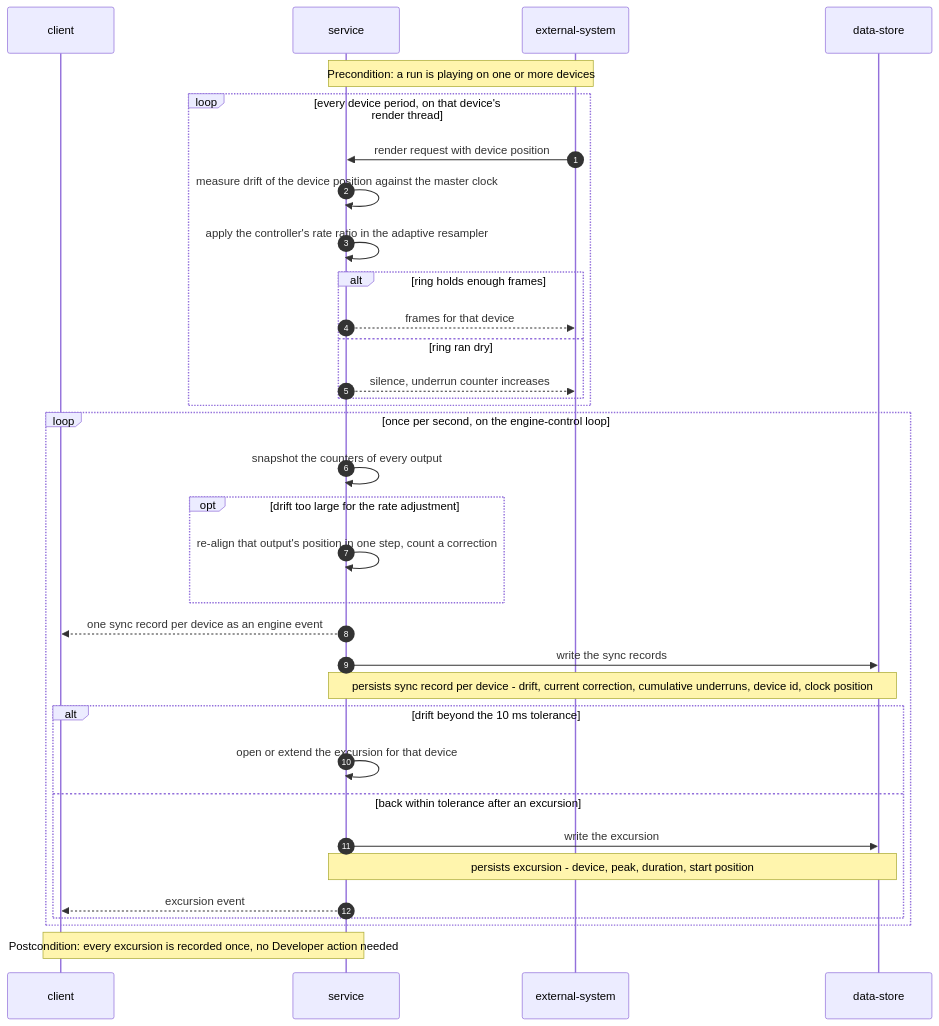
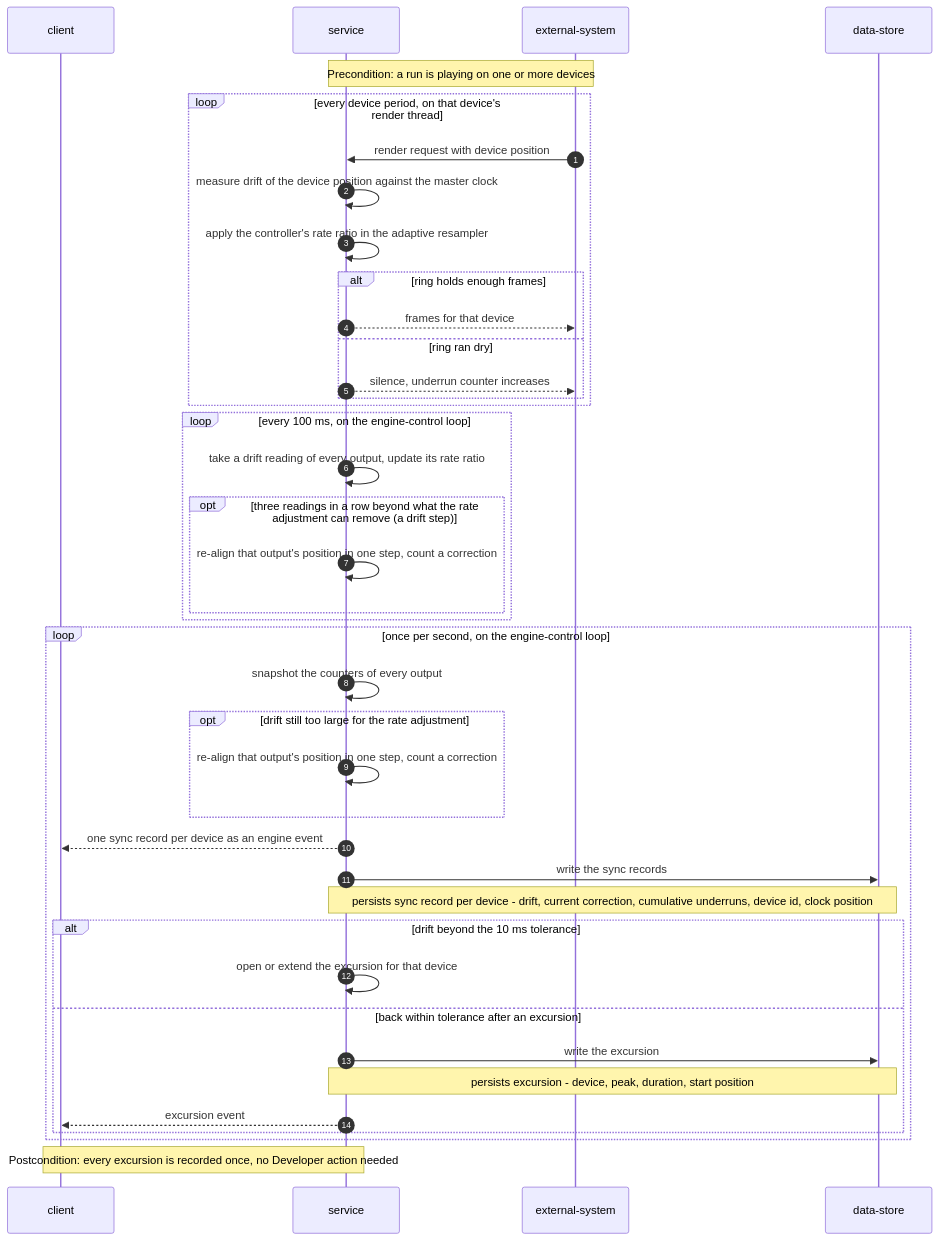
Before and after one commit to PulsarV/DualPlayer: the ninth of 11 diagrams in docs/features/two-outputs-one-clock/sad.md, drawn with Mermaid.

Commit message:
fix: two-outputs-one-clock sad.md §6 flow 7 step re-alignment

````diff
--- a/docs/features/two-outputs-one-clock/sad.md
+++ b/docs/features/two-outputs-one-clock/sad.md
@@ -337,37 +337,43 @@
 ```mermaid
 sequenceDiagram
     autonumber
     participant C as client
     participant S as service
     participant X as external-system
     participant D as data-store
 
     Note over S,X: Precondition: a run is playing on one or more devices
     loop every device period, on that device's render thread
         X->>S: render request with device position
         S->>S: measure drift of the device position against the master clock
         S->>S: apply the controller's rate ratio in the adaptive resampler
         alt ring holds enough frames
             S-->>X: frames for that device
         else ring ran dry
             S-->>X: silence, underrun counter increases
         end
     end
+    loop every 100 ms, on the engine-control loop
+        S->>S: take a drift reading of every output, update its rate ratio
+        opt three readings in a row beyond what the rate adjustment can remove (a drift step)
+            S->>S: re-align that output's position in one step, count a correction
+        end
+    end
     loop once per second, on the engine-control loop
         S->>S: snapshot the counters of every output
-        opt drift too large for the rate adjustment
+        opt drift still too large for the rate adjustment
             S->>S: re-align that output's position in one step, count a correction
         end
         S-->>C: one sync record per device as an engine event
         S->>D: write the sync records
         Note over S,D: persists sync record per device - drift, current correction, cumulative underruns, device id, clock position
         alt drift beyond the 10 ms tolerance
             S->>S: open or extend the excursion for that device
         else back within tolerance after an excursion
             S->>D: write the excursion
             Note over S,D: persists excursion - device, peak, duration, start position
             S-->>C: excursion event
         end
     end
     Note over C,S: Postcondition: every excursion is recorded once, no Developer action needed
 ```
````
